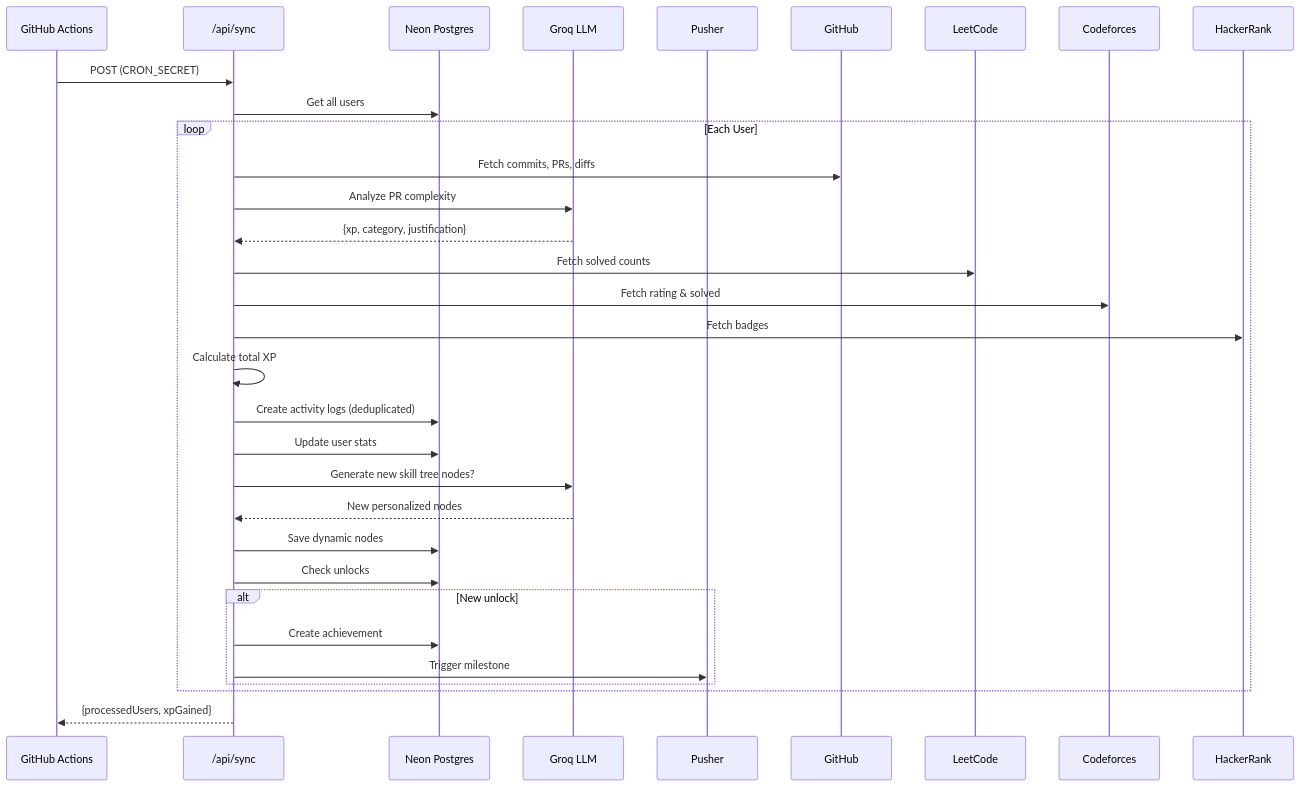
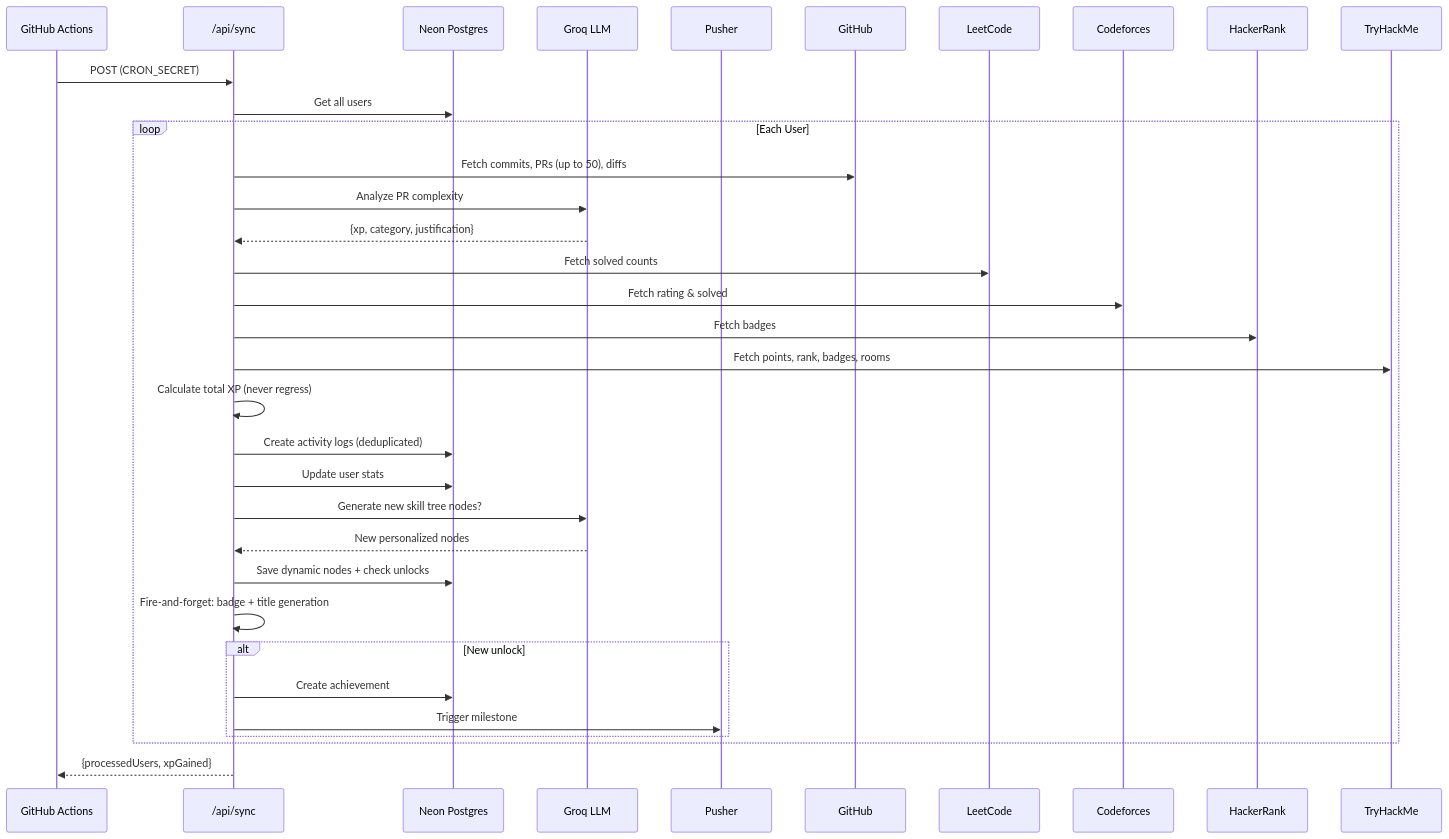
One commit to x-TheFox/Systemic changed the second of 2 diagrams in README.md. Above: the diagram before and after it, drawn with Mermaid. The commit also changed other lines of this file and 5 other files, not shown here.

````diff
--- a/README.md
+++ b/README.md
@@ -277,31 +339,32 @@
 ```mermaid
 sequenceDiagram
     participant GH as GitHub Actions
     participant API as /api/sync
     participant DB as Neon Postgres
     participant AI as Groq LLM
     participant PS as Pusher
 
     GH->>API: POST (CRON_SECRET)
     API->>DB: Get all users
     loop Each User
-        API->>GitHub: Fetch commits, PRs, diffs
+        API->>GitHub: Fetch commits, PRs (up to 50), diffs
         API->>AI: Analyze PR complexity
         AI-->>API: {xp, category, justification}
         API->>LeetCode: Fetch solved counts
         API->>Codeforces: Fetch rating & solved
         API->>HackerRank: Fetch badges
-        API->>API: Calculate total XP
+        API->>TryHackMe: Fetch points, rank, badges, rooms
+        API->>API: Calculate total XP (never regress)
         API->>DB: Create activity logs (deduplicated)
         API->>DB: Update user stats
         API->>AI: Generate new skill tree nodes?
         AI-->>API: New personalized nodes
-        API->>DB: Save dynamic nodes
-        API->>DB: Check unlocks
+        API->>DB: Save dynamic nodes + check unlocks
+        API->>API: Fire-and-forget: badge + title generation
         alt New unlock
             API->>DB: Create achievement
             API->>PS: Trigger milestone
         end
     end
     API-->>GH: {processedUsers, xpGained}
 ```
````
